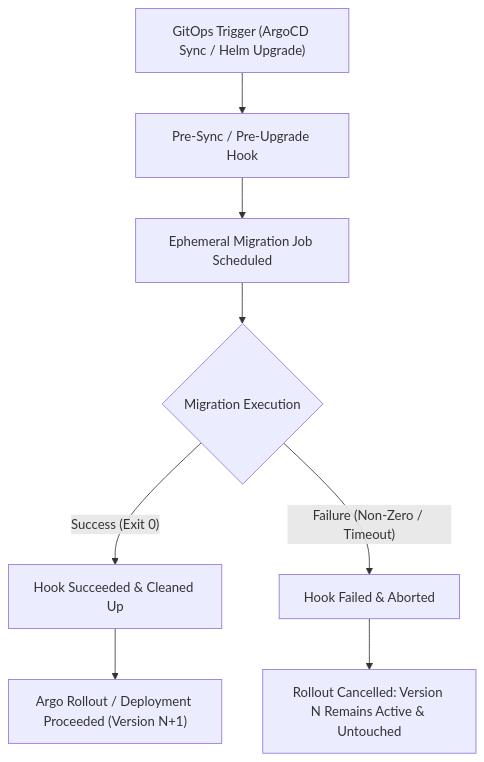
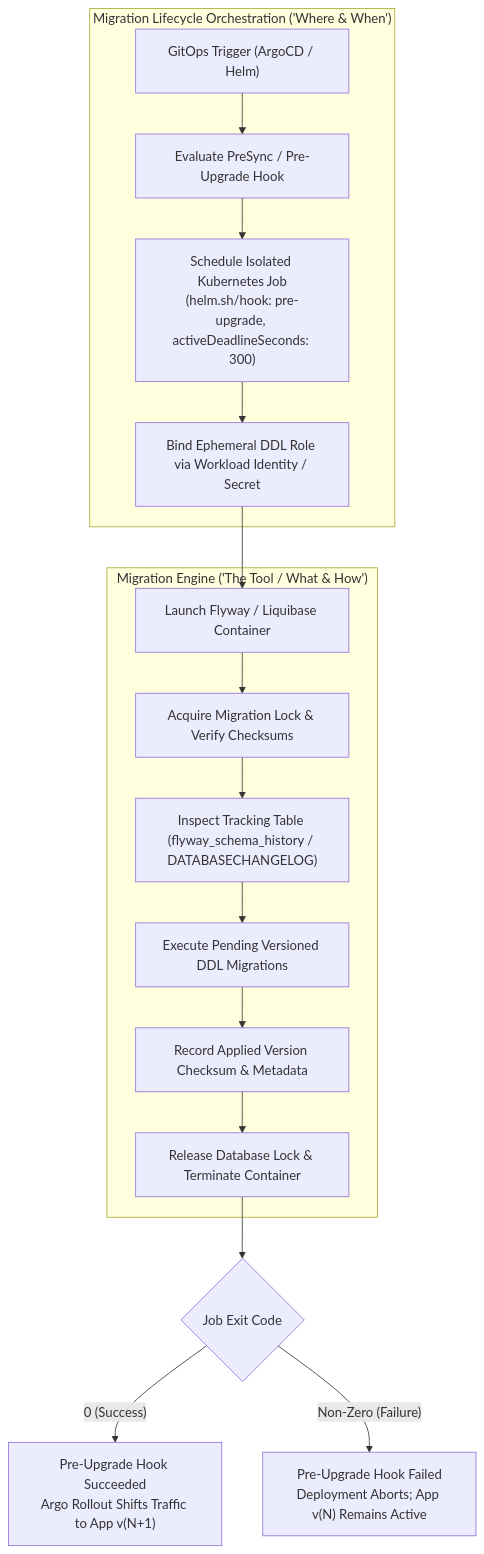
One commit to gttps/engineering-playbook changed the first of 3 diagrams in standards/detailed/release-engineering/database-migrations.md. Above: the diagram before and after it, drawn with Mermaid. The commit also changed other lines of this file and 4 other files, not shown here.

First line of the commit message:
docs(release-eng): address review feedback on architecture and alternatives

````diff
--- a/standards/detailed/release-engineering/database-migrations.md
+++ b/standards/detailed/release-engineering/database-migrations.md
@@ -45,10 +54,21 @@
 ```mermaid
 flowchart TD
-    A["GitOps Trigger (ArgoCD Sync / Helm Upgrade)"] --> B["Pre-Sync / Pre-Upgrade Hook"]
-    B --> C["Ephemeral Migration Job Scheduled"]
-    C --> D{"Migration Execution"}
-    D -- "Success (Exit 0)" --> E["Hook Succeeded & Cleaned Up"]
-    E --> F["Argo Rollout / Deployment Proceeded (Version N+1)"]
-    D -- "Failure (Non-Zero / Timeout)" --> G["Hook Failed & Aborted"]
-    G --> H["Rollout Cancelled: Version N Remains Active & Untouched"]
+    subgraph Lifecycle ["Migration Lifecycle Orchestration ('Where & When')"]
+        GitOps["GitOps Trigger (ArgoCD / Helm)"] --> PreHook["Evaluate PreSync / Pre-Upgrade Hook"]
+        PreHook --> Schedule["Schedule Isolated Kubernetes Job<br/>(helm.sh/hook: pre-upgrade, activeDeadlineSeconds: 300)"]
+        Schedule --> Identity["Bind Ephemeral DDL Role via Workload Identity / Secret"]
+    end
+
+    subgraph Engine ["Migration Engine ('The Tool / What & How')"]
+        Identity --> Runner["Launch Flyway / Liquibase Container"]
+        Runner --> Lock["Acquire Migration Lock & Verify Checksums"]
+        Lock --> History["Inspect Tracking Table (flyway_schema_history / DATABASECHANGELOG)"]
+        History --> Apply["Execute Pending Versioned DDL Migrations"]
+        Apply --> Record["Record Applied Version Checksum & Metadata"]
+        Record --> ReleaseLock["Release Database Lock & Terminate Container"]
+    end
+
+    ReleaseLock --> Exit{"Job Exit Code"}
+    Exit -- "0 (Success)" --> HookSuccess["Pre-Upgrade Hook Succeeded<br/>Argo Rollout Shifts Traffic to App v(N+1)"]
+    Exit -- "Non-Zero (Failure)" --> HookFailure["Pre-Upgrade Hook Failed<br/>Deployment Aborts; App v(N) Remains Active"]
 ```
````
